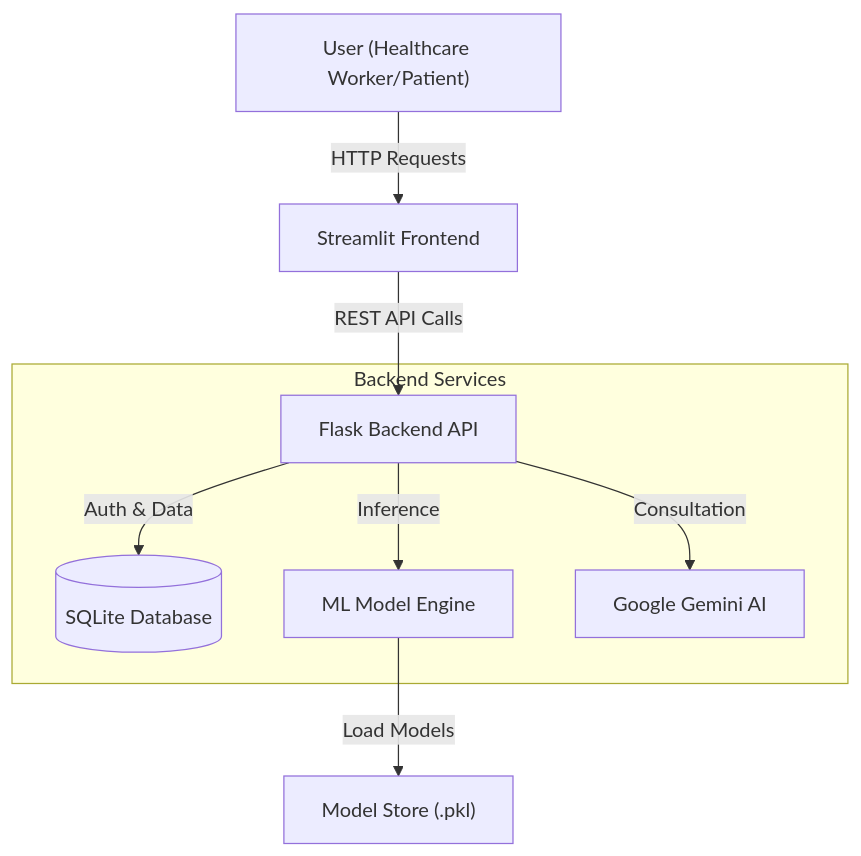
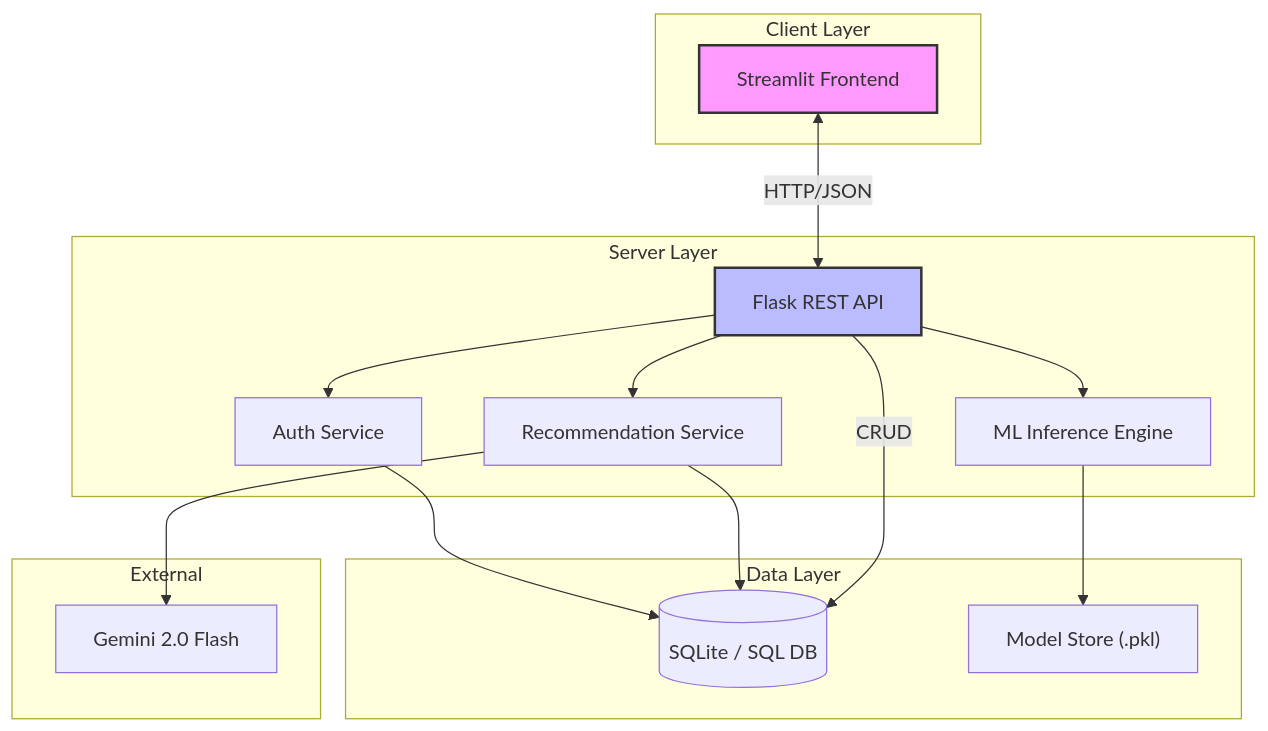
The second of 4 diagrams in ARCHITECTURE.md (abhaypatil-code/PreventVance-AI-Revamp), drawn with Mermaid before and after one commit. The commit also changed other lines of this file, not shown here.

````diff
--- a/ARCHITECTURE.md
+++ b/ARCHITECTURE.md
@@ -7,13 +40,37 @@
 ```mermaid
 graph TD
-    User["User (Healthcare Worker/Patient)"] -->|HTTP Requests| Frontend[Streamlit Frontend]
-    Frontend -->|REST API Calls| Backend[Flask Backend API]
+    subgraph "Client Layer"
+        Frontend[Streamlit Frontend]
+        style Frontend fill:#f9f,stroke:#333,stroke-width:2px
+    end
+
+    subgraph "Server Layer"
+        API[Flask REST API]
+        style API fill:#bbf,stroke:#333,stroke-width:2px
+        
+        Auth[Auth Service]
+        ML[ML Inference Engine]
+        Recs[Recommendation Service]
+    end
+
+    subgraph "Data Layer"
+        DB[(SQLite / SQL DB)]
+        ModelStore["Model Store (.pkl)"]
+    end
+
+    subgraph "External"
+        GenAI[Gemini 2.0 Flash]
+    end
+
+    Frontend <-->|HTTP/JSON| API
+    API --> Auth
+    API --> ML
+    API --> Recs
     
-    subgraph "Backend Services"
-        Backend -->|Auth & Data| DB[(SQLite Database)]
-        Backend -->|Inference| ML[ML Model Engine]
-        Backend -->|Consultation| AI[Google Gemini AI]
-    end
+    Auth --> DB
+    ML --> ModelStore
+    Recs --> GenAI
+    Recs --> DB
     
-    ML -->|Load Models| Models["Model Store (.pkl)"]
+    API -->|CRUD| DB
 ```
````
